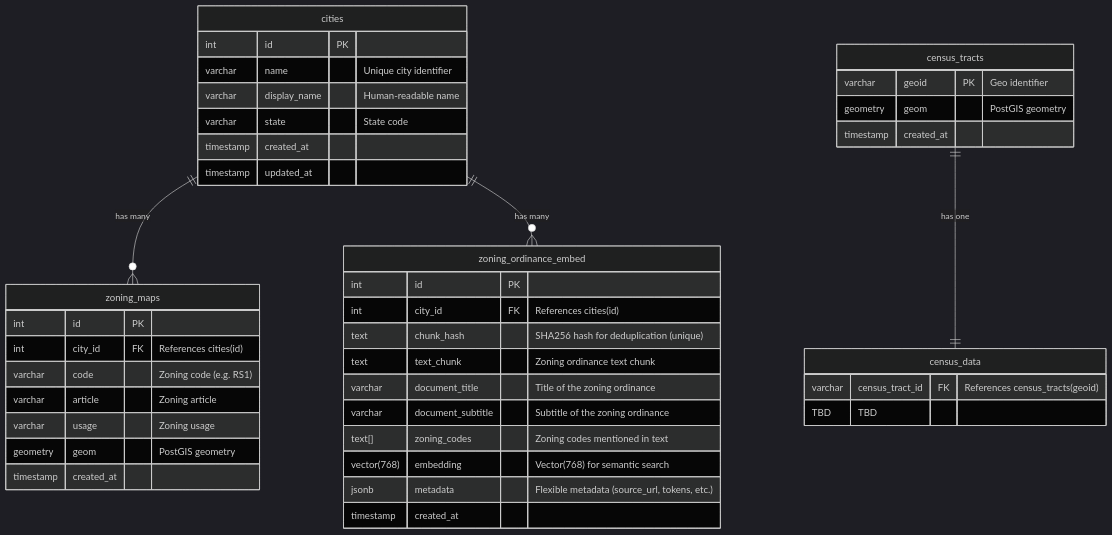
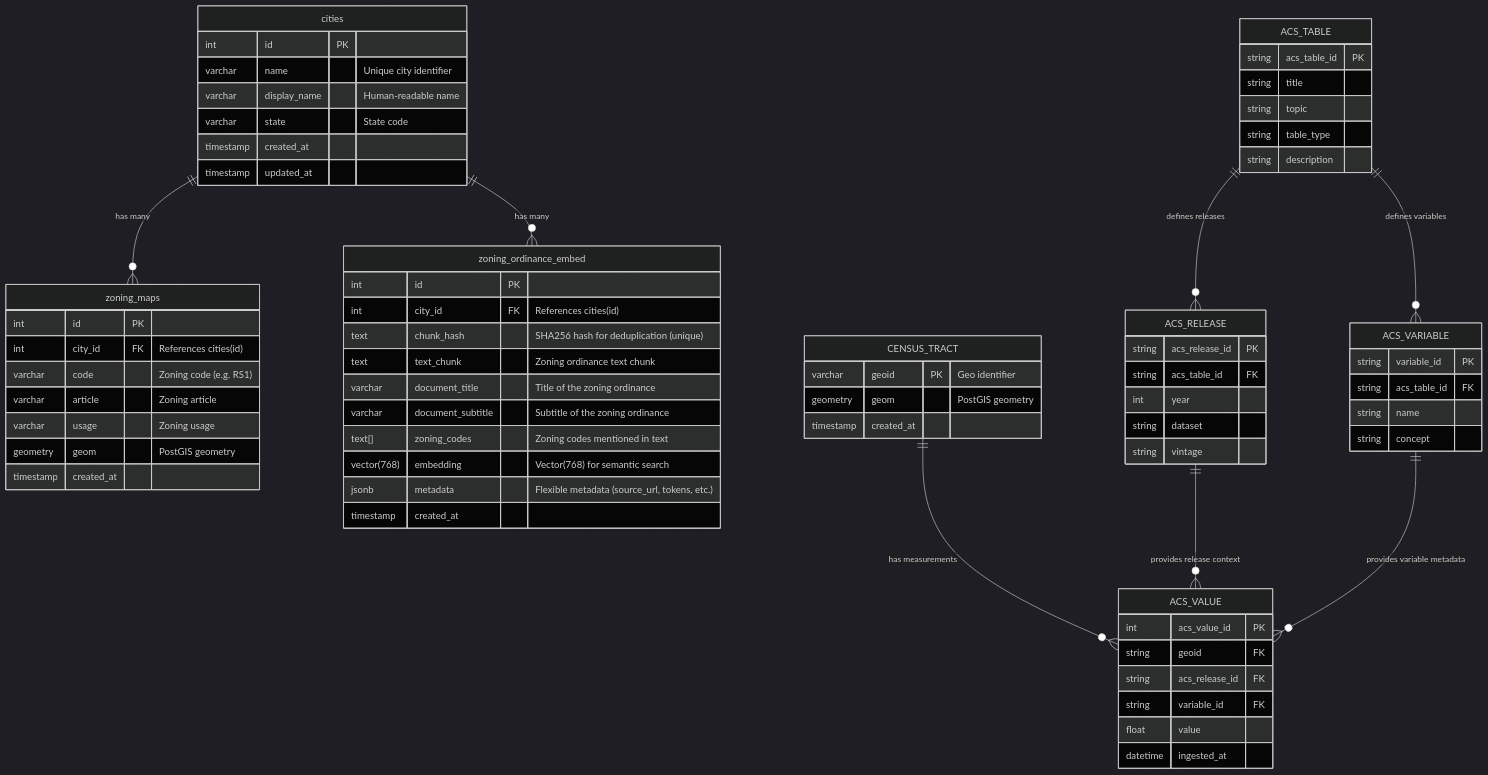
The diagram in README.md (a2as-team/ac215_Spatially), drawn with Mermaid (dark theme) before and after one commit. The commit also changed other lines of this file, not shown here.

Commit message:
docs: update ER diagram for census data in README

````diff
--- a/README.md
+++ b/README.md
@@ -7,49 +7,82 @@
 ```mermaid
 erDiagram
     cities ||--o{ zoning_maps : "has many"
-    census_tracts ||--|| census_data : "has one"
     cities ||--o{ zoning_ordinance_embed : "has many"
+    CENSUS_TRACT ||--o{ ACS_VALUE : "has measurements"
+    ACS_TABLE ||--o{ ACS_RELEASE : "defines releases"
+    ACS_TABLE ||--o{ ACS_VARIABLE : "defines variables"
+    ACS_RELEASE ||--o{ ACS_VALUE : "provides release context"
+    ACS_VARIABLE ||--o{ ACS_VALUE : "provides variable metadata"
 
     cities {
         int id PK
         varchar name "Unique city identifier"
         varchar display_name "Human-readable name"
         varchar state "State code"
         timestamp created_at
         timestamp updated_at
     }
 
-    census_tracts {
+    CENSUS_TRACT {
         varchar geoid PK "Geo identifier"
         geometry geom "PostGIS geometry"
         timestamp created_at
     }
 
-    census_data {
-        varchar census_tract_id FK "References census_tracts(geoid)"
-        TBD TBD 
+    ACS_TABLE {
+        string acs_table_id PK
+        string title
+        string topic
+        string table_type
+        string description
+    }
+
+    ACS_RELEASE {
+        string acs_release_id PK
+        string acs_table_id FK
+        int year
+        string dataset
+        string vintage
+    }
+
+    ACS_VARIABLE {
+        string variable_id PK
+        string acs_table_id FK
+        string name
+        string concept
+    }
+
+    ACS_VALUE {
+        int acs_value_id PK
+        string geoid FK
+        string acs_release_id FK
+        string variable_id FK
+        float value
+        datetime ingested_at
     }
 
     zoning_maps {
         int id PK
         int city_id FK "References cities(id)"
         varchar code "Zoning code (e.g. RS1)"
         varchar article "Zoning article"
         varchar usage "Zoning usage"
         geometry geom "PostGIS geometry"
         timestamp created_at
     }
 
     zoning_ordinance_embed {
         int id PK
         int city_id FK "References cities(id)"
         text chunk_hash "SHA256 hash for deduplication (unique)"
         text text_chunk "Zoning ordinance text chunk"
         varchar document_title "Title of the zoning ordinance"
         varchar document_subtitle "Subtitle of the zoning ordinance"
         text[] zoning_codes "Zoning codes mentioned in text"
         vector(768) embedding "Vector(768) for semantic search"
         jsonb metadata "Flexible metadata (source_url, tokens, etc.)"
         timestamp created_at
     }
+
+
 ```
````
